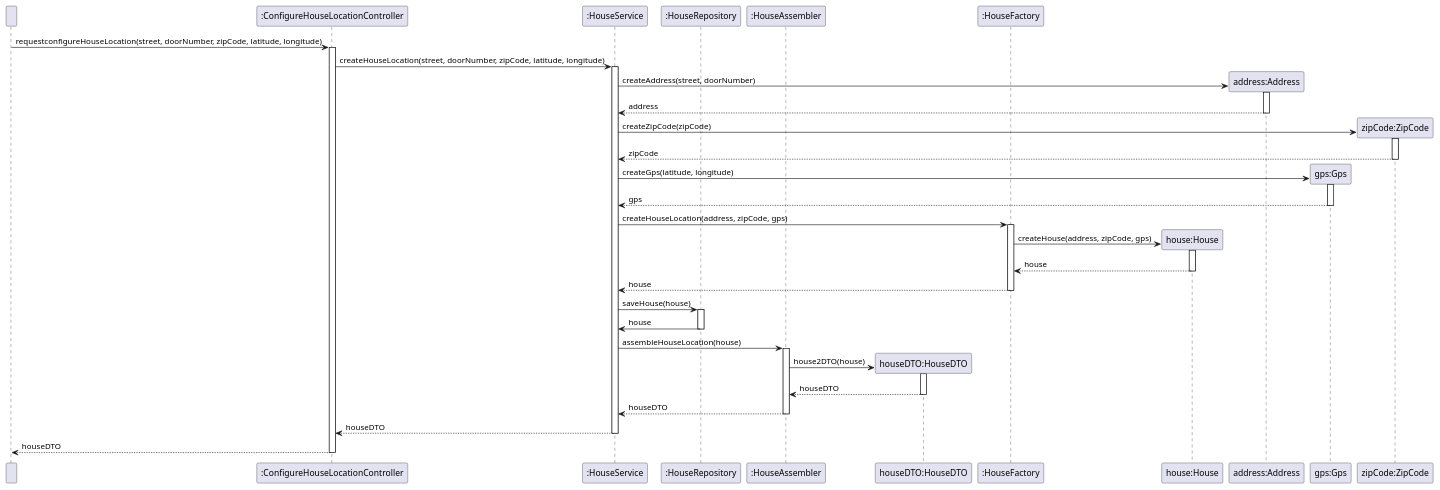
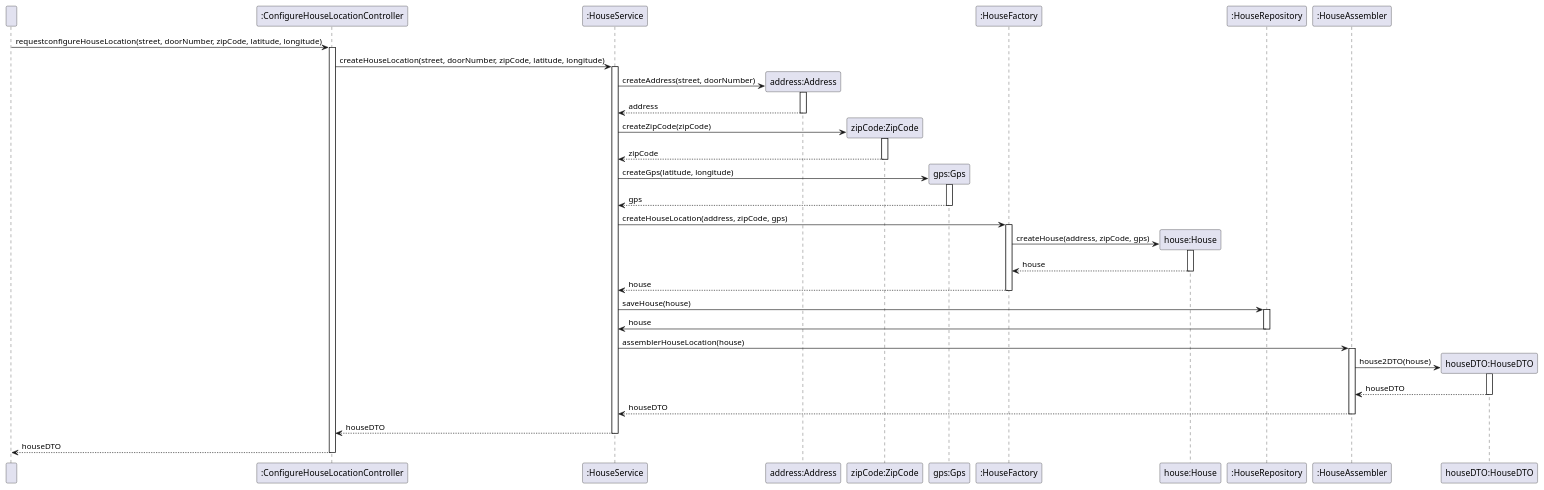
One commit to olivDiogo/SmartHome changed the diagram in docs/ood/sequenceDiagram/US01configureHouseLocation.puml. Above: the diagram before and after it, drawn with PlantUML.

Commit message:
#142 [UPDATE] Sequence Diagram for US01.  Organization class order.

```diff
--- a/docs/ood/sequenceDiagram/US01configureHouseLocation.puml
+++ b/docs/ood/sequenceDiagram/US01configureHouseLocation.puml
@@ -1,66 +1,63 @@
 @startuml
 
 participant " "
 participant ":ConfigureHouseLocationController" as ConfigureHouseLocationController
-
 participant ":HouseService" as Service
+participant "address:Address" as Address
+participant "zipCode:ZipCode" as ZipCode
+participant "gps:Gps" as Gps
+participant ":HouseFactory" as Factory
+participant "house:House" as House
 participant ":HouseRepository" as Repository
 participant ":HouseAssembler" as Assembler
 participant "houseDTO:HouseDTO" as DTO
-participant ":HouseFactory" as Factory
-participant "house:House" as House
-participant "address:Address" as Address
-participant "gps:Gps" as Gps
-participant "zipCode:ZipCode" as ZipCode
+
+'----------------------------------------------------------
 
 " " -> ConfigureHouseLocationController : requestconfigureHouseLocation(street, doorNumber, zipCode, latitude, longitude)
 activate ConfigureHouseLocationController
 ConfigureHouseLocationController -> Service : createHouseLocation(street, doorNumber, zipCode, latitude, longitude)
 activate Service
 create Address
 Service -> Address: createAddress(street, doorNumber)
 activate Address
 Address --> Service: address
 deactivate Address
 create ZipCode
 Service -> ZipCode: createZipCode(zipCode)
 activate ZipCode
 ZipCode --> Service: zipCode
 deactivate ZipCode
 create Gps
 Service -> Gps: createGps(latitude, longitude)
 activate Gps
 Gps --> Service: gps
 deactivate Gps
-
-
 Service -> Factory : createHouseLocation(address, zipCode, gps)
 activate Factory
 create House
 Factory -> House: createHouse(address, zipCode, gps)
 activate House
 House --> Factory: house
 deactivate House
 Factory --> Service: house
 deactivate Factory
 Service -> Repository : saveHouse(house)
 activate Repository
 Repository -> Service : house
 deactivate Repository
-
-
-Service -> Assembler : assembleHouseLocation(house)
+Service -> Assembler : assemblerHouseLocation(house)
 activate Assembler
 create DTO
 Assembler -> DTO : house2DTO(house)
 activate DTO
 DTO --> Assembler : houseDTO
 deactivate DTO
 Assembler --> Service : houseDTO
 deactivate Assembler
 Service --> ConfigureHouseLocationController : houseDTO
 deactivate Service
 " " <-- ConfigureHouseLocationController : houseDTO
 deactivate ConfigureHouseLocationController
 
 @enduml
```
